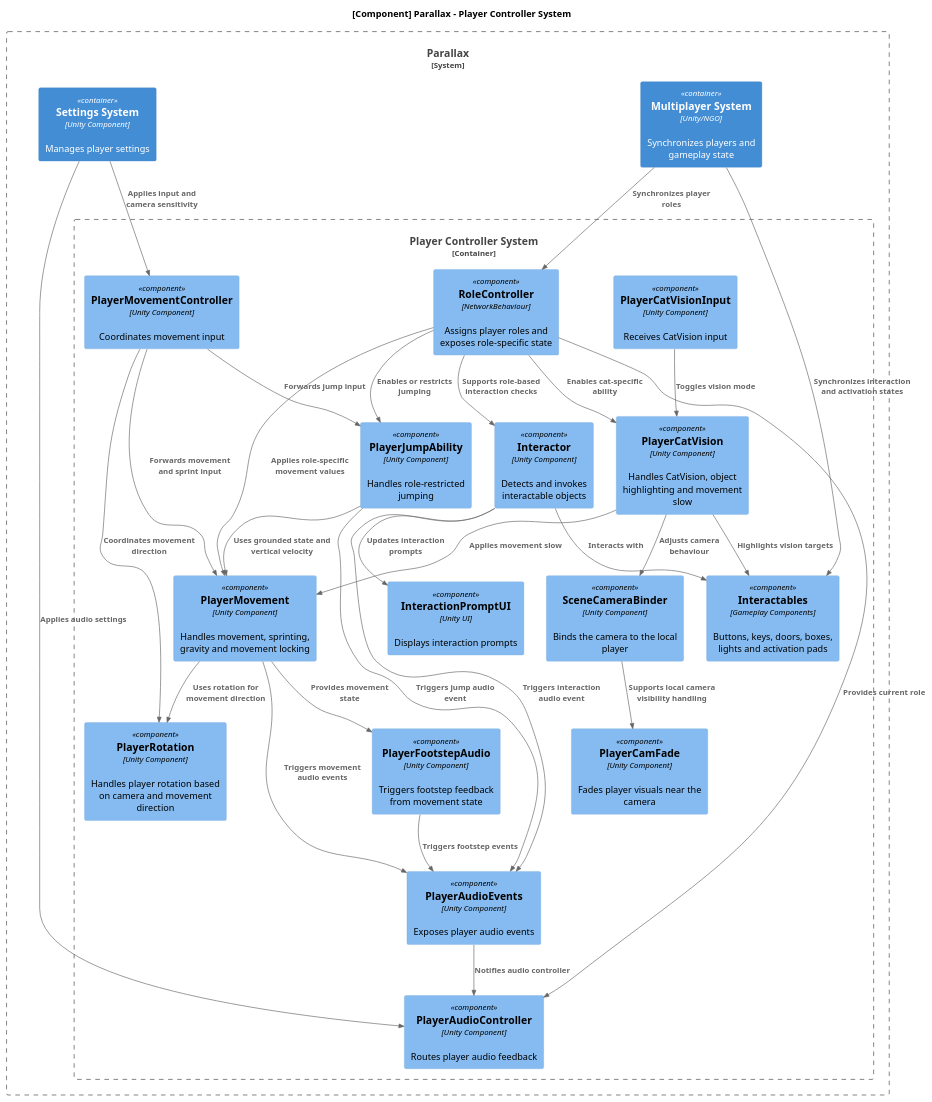
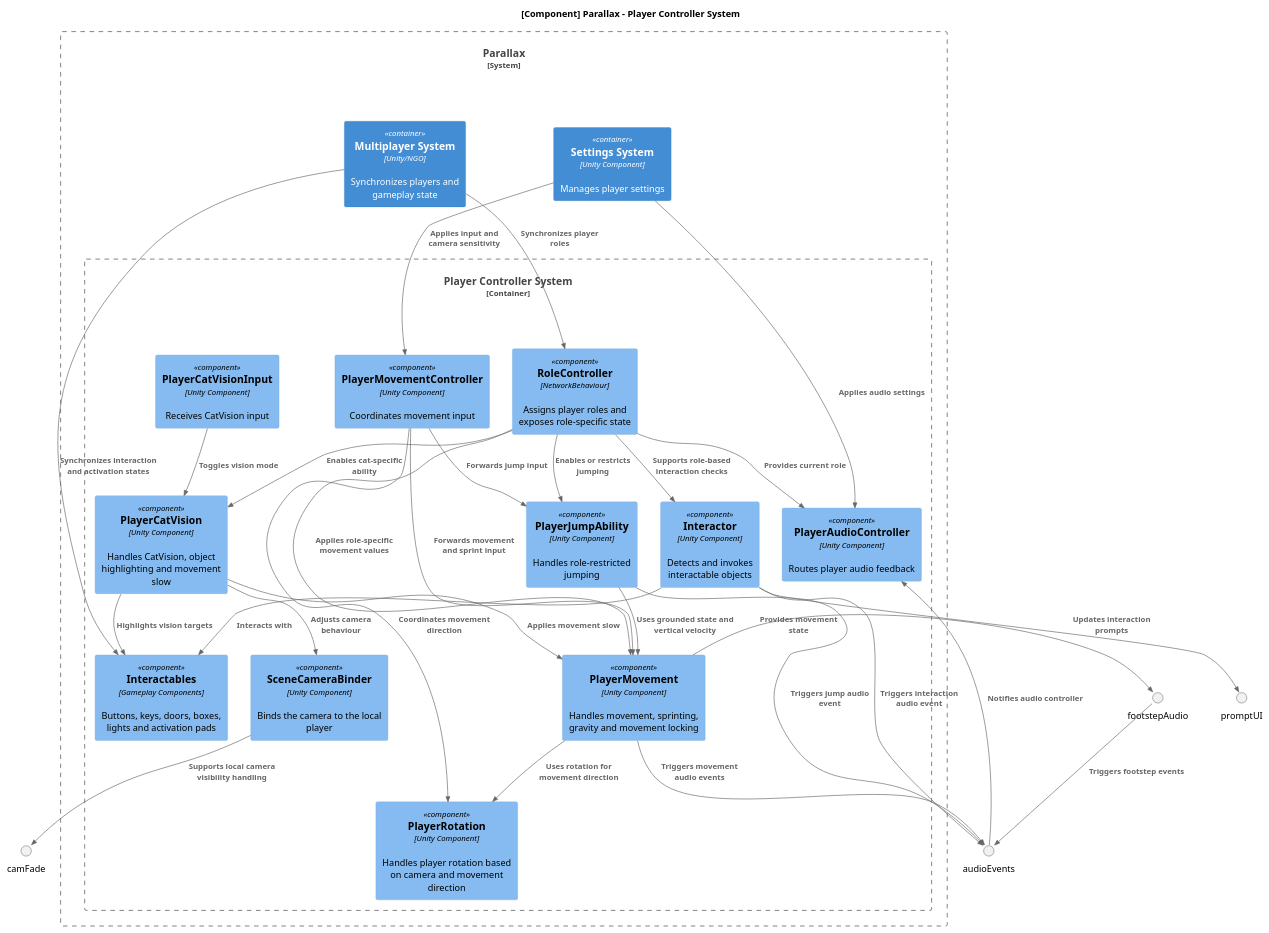
One commit to Bachelor-Parallax/Parallax changed the diagram in Diagrams/Player Controller System/Container.puml. Above: the diagram before and after it, drawn with PlantUML. The commit also changed 4 other files, not shown here.

Commit message:
diagrams updated

```diff
--- a/Diagrams/Player Controller System/Container.puml
+++ b/Diagrams/Player Controller System/Container.puml
@@ -1,86 +1,86 @@
 @startuml
 !include https://raw.githubusercontent.com/plantuml-stdlib/C4-PlantUML/master/C4_Component.puml
 
 SHOW_PERSON_OUTLINE()
 
 'skinparam Linetype ortho
 
 title [Component] Parallax - Player Controller System
 
 System_Boundary(parallax, "Parallax") {
 
     Container_Boundary(pcs, "Player Controller System") {
 
         Component(roleController, "RoleController", "NetworkBehaviour", "Assigns player roles and exposes role-specific state")
 
         Component(movementController, "PlayerMovementController", "Unity Component", "Coordinates movement input")
 
         Component(playerMovement, "PlayerMovement", "Unity Component", "Handles movement, sprinting, gravity and movement locking")
 
         Component(playerRotation, "PlayerRotation", "Unity Component", "Handles player rotation based on camera and movement direction")
 
         Component(jumpAbility, "PlayerJumpAbility", "Unity Component", "Handles role-restricted jumping")
 
         Component(interactor, "Interactor", "Unity Component", "Detects and invokes interactable objects")
 
         Component(catVisionInput, "PlayerCatVisionInput", "Unity Component", "Receives CatVision input")
 
         Component(catVision, "PlayerCatVision", "Unity Component", "Handles CatVision, object highlighting and movement slow")
 
-        Component(promptUI, "InteractionPromptUI", "Unity UI", "Displays interaction prompts")
+        ' Component(promptUI, "InteractionPromptUI", "Unity UI", "Displays interaction prompts")
 
-        Component(audioEvents, "PlayerAudioEvents", "Unity Component", "Exposes player audio events")
+        ' Component(audioEvents, "PlayerAudioEvents", "Unity Component", "Exposes player audio events")
 
         Component(audioController, "PlayerAudioController", "Unity Component", "Routes player audio feedback")
 
-        Component(footstepAudio, "PlayerFootstepAudio", "Unity Component", "Triggers footstep feedback from movement state")
+        ' Component(footstepAudio, "PlayerFootstepAudio", "Unity Component", "Triggers footstep feedback from movement state")
 
         Component(cameraBinder, "SceneCameraBinder", "Unity Component", "Binds the camera to the local player")
 
-        Component(camFade, "PlayerCamFade", "Unity Component", "Fades player visuals near the camera")
+        ' Component(camFade, "PlayerCamFade", "Unity Component", "Fades player visuals near the camera")
 
         Component(interactables, "Interactables", "Gameplay Components", "Buttons, keys, doors, boxes, lights and activation pads")
     }
 
     Container(multiplayer, "Multiplayer System", "Unity/NGO", "Synchronizes players and gameplay state")
     Container(settings, "Settings System", "Unity Component", "Manages player settings")
 }
 
 Rel(multiplayer, roleController, "Synchronizes player roles")
 Rel(multiplayer, interactables, "Synchronizes interaction and activation states")
 
 Rel(settings, movementController, "Applies input and camera sensitivity")
 Rel(settings, audioController, "Applies audio settings")
 
 Rel(roleController, playerMovement, "Applies role-specific movement values")
 Rel(roleController, jumpAbility, "Enables or restricts jumping")
 Rel(roleController, catVision, "Enables cat-specific ability")
 Rel(roleController, interactor, "Supports role-based interaction checks")
 Rel(roleController, audioController, "Provides current role")
 
 Rel(movementController, playerMovement, "Forwards movement and sprint input")
 Rel(movementController, jumpAbility, "Forwards jump input")
 Rel(movementController, playerRotation, "Coordinates movement direction")
 
 Rel(playerMovement, playerRotation, "Uses rotation for movement direction")
 Rel(playerMovement, footstepAudio, "Provides movement state")
 Rel(playerMovement, audioEvents, "Triggers movement audio events")
 
 Rel(jumpAbility, playerMovement, "Uses grounded state and vertical velocity")
 Rel(jumpAbility, audioEvents, "Triggers jump audio event")
 
 Rel(interactor, interactables, "Interacts with")
 Rel(interactor, promptUI, "Updates interaction prompts")
 Rel(interactor, audioEvents, "Triggers interaction audio event")
 
 Rel(catVisionInput, catVision, "Toggles vision mode")
 Rel(catVision, playerMovement, "Applies movement slow")
 Rel(catVision, cameraBinder, "Adjusts camera behaviour")
 Rel(catVision, interactables, "Highlights vision targets")
 
 Rel(footstepAudio, audioEvents, "Triggers footstep events")
 Rel(audioEvents, audioController, "Notifies audio controller")
 
 Rel(cameraBinder, camFade, "Supports local camera visibility handling")
 
 @enduml
```
